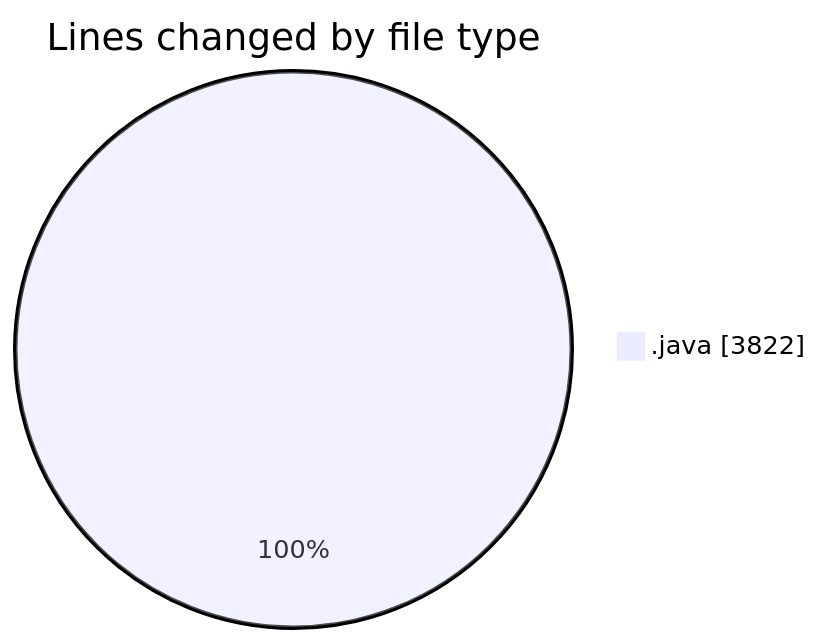
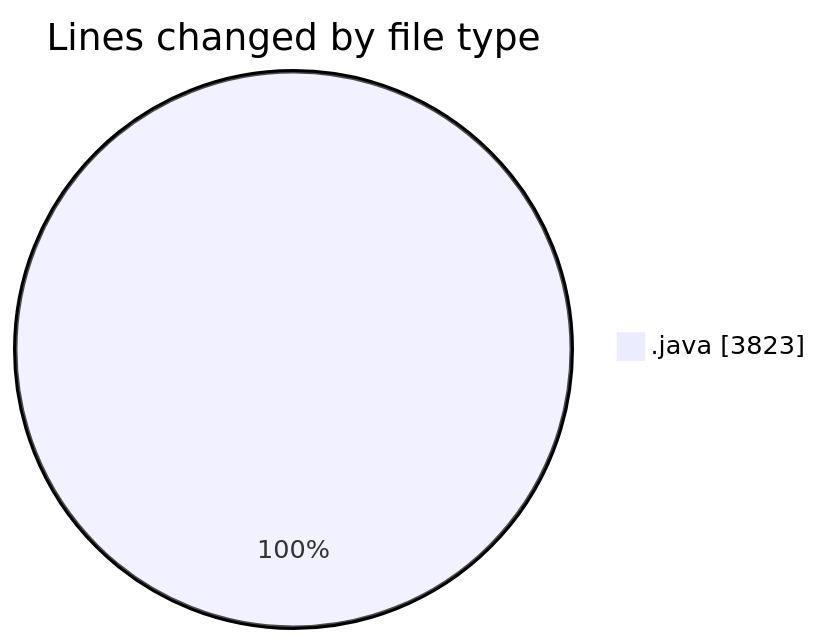
Before and after one commit to charlie-sans/code-tracking: the first of 2 diagrams in 2025-02-18/masm/README.md, drawn with Mermaid. The commit also changed other lines of this file and 1 other file, not shown here.

````diff
--- a/2025-02-18/masm/README.md
+++ b/2025-02-18/masm/README.md
@@ -27,5 +27,5 @@
 ```mermaid
 pie showData
 title Lines changed by file type
-".java" : 3822
+".java" : 3823
 ```
````
